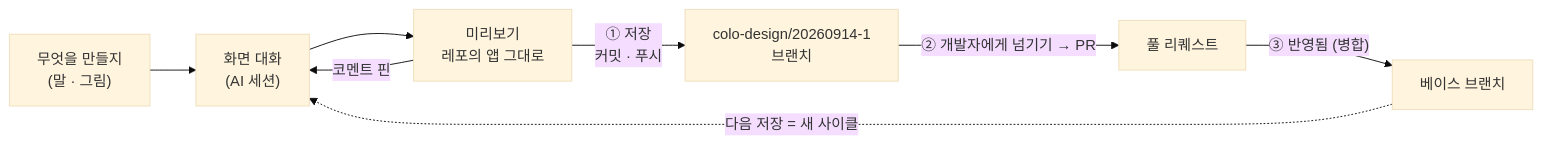
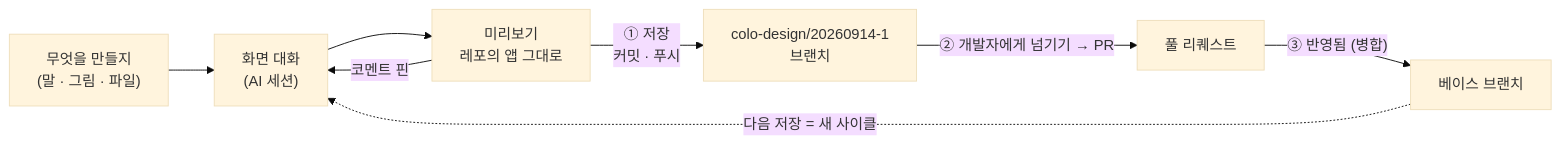
Before and after one commit to inkwonjung-colosseum/colo-design: the first of 2 diagrams in README.md, drawn with Mermaid (base theme). The commit also changed other lines of this file and 19135 other files, not shown here.

````diff
--- a/README.md
+++ b/README.md
@@ -63,10 +63,10 @@
 ```mermaid
 flowchart LR
-    ask["무엇을 만들지<br/>(말 · 그림)"] --> chat["화면 대화<br/>(AI 세션)"]
+    ask["무엇을 만들지<br/>(말 · 그림 · 파일)"] --> chat["화면 대화<br/>(AI 세션)"]
     chat --> preview["미리보기<br/>레포의 앱 그대로"]
     preview -->|"코멘트 핀"| chat
     preview -->|"① 저장<br/>커밋 · 푸시"| branch["colo-design/20260914-1<br/>브랜치"]
     branch -->|"② 개발자에게 넘기기 → PR"| pr["풀 리퀘스트"]
     pr -->|"③ 반영됨 (병합)"| base["베이스 브랜치"]
     base -.->|"다음 저장 = 새 사이클"| chat
 ```
````
